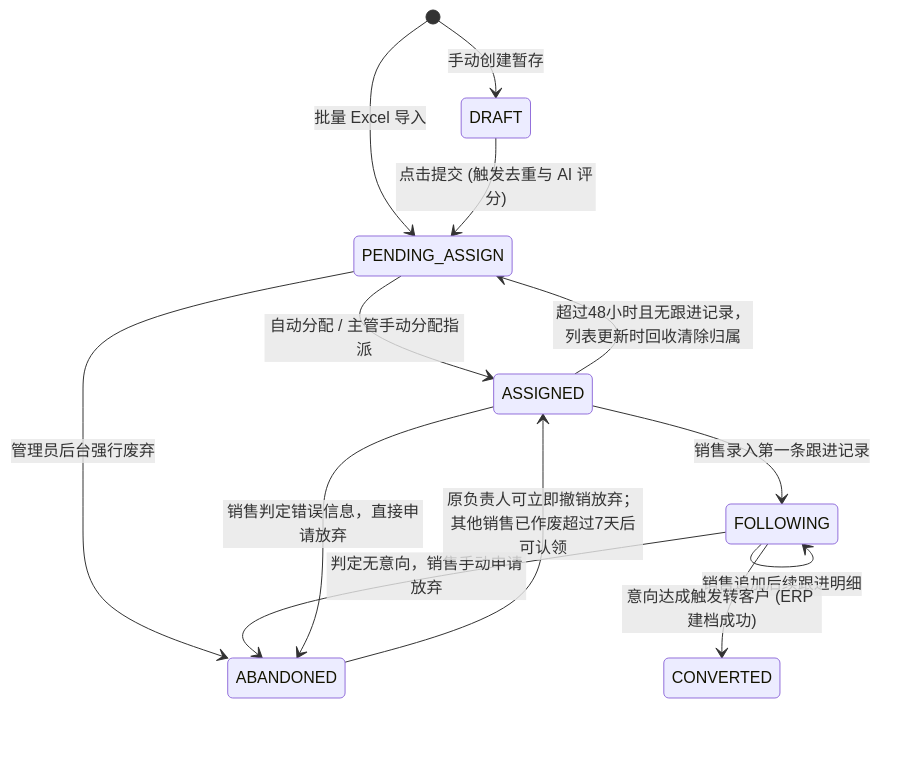
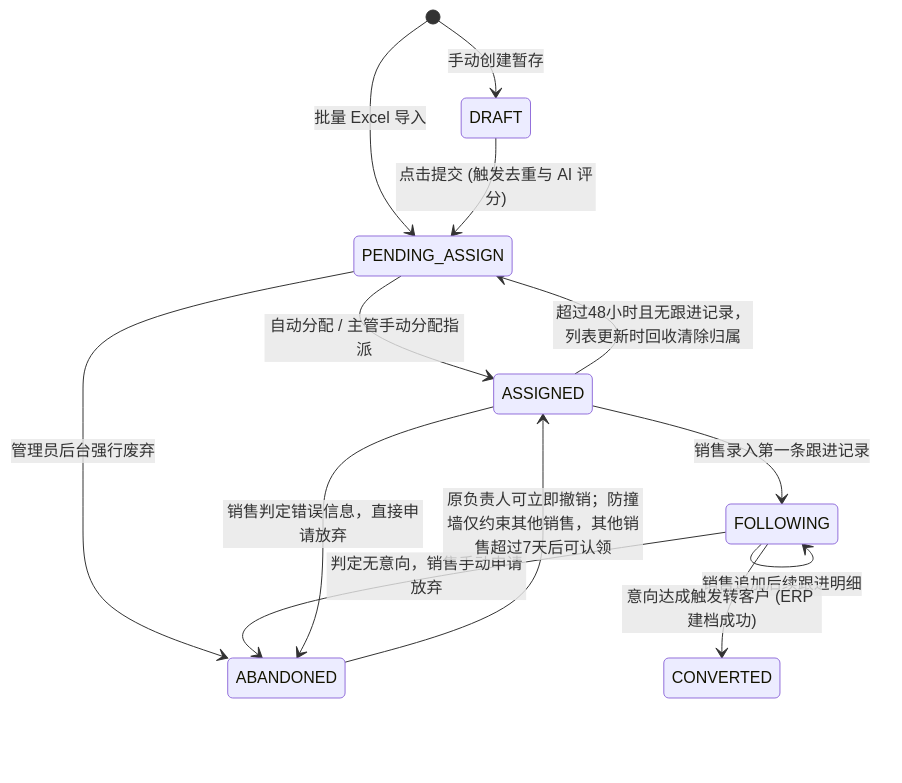
Before and after one commit to lophyJessica/forge-crm: the second of 2 diagrams in prd-docs/线索管理/线索主PRD.md, drawn with Mermaid. The commit also changed other lines of this file and 31 other files, not shown here.

````diff
--- a/prd-docs/线索管理/线索主PRD.md
+++ b/prd-docs/线索管理/线索主PRD.md
@@ -136,15 +137,15 @@
 ```mermaid
 stateDiagram-v2
     [*] --> DRAFT : 手动创建暂存
     [*] --> PENDING_ASSIGN : 批量 Excel 导入
     DRAFT --> PENDING_ASSIGN : 点击提交 (触发去重与 AI 评分)
     PENDING_ASSIGN --> ASSIGNED : 自动分配 / 主管手动分配指派
     PENDING_ASSIGN --> ABANDONED : 管理员后台强行废弃
     ASSIGNED --> FOLLOWING : 销售录入第一条跟进记录
     FOLLOWING --> FOLLOWING : 销售追加后续跟进明细
     FOLLOWING --> CONVERTED : 意向达成触发转客户 (ERP 建档成功)
     FOLLOWING --> ABANDONED : 判定无意向，销售手动申请放弃
     ASSIGNED --> ABANDONED : 销售判定错误信息，直接申请放弃
     ASSIGNED --> PENDING_ASSIGN : 超过48小时且无跟进记录，列表更新时回收清除归属
-    ABANDONED --> ASSIGNED : 原负责人可立即撤销放弃；其他销售已作废超过7天后可认领
+    ABANDONED --> ASSIGNED : 原负责人可立即撤销；防撞墙仅约束其他销售，其他销售超过7天后可认领
 ```
````
